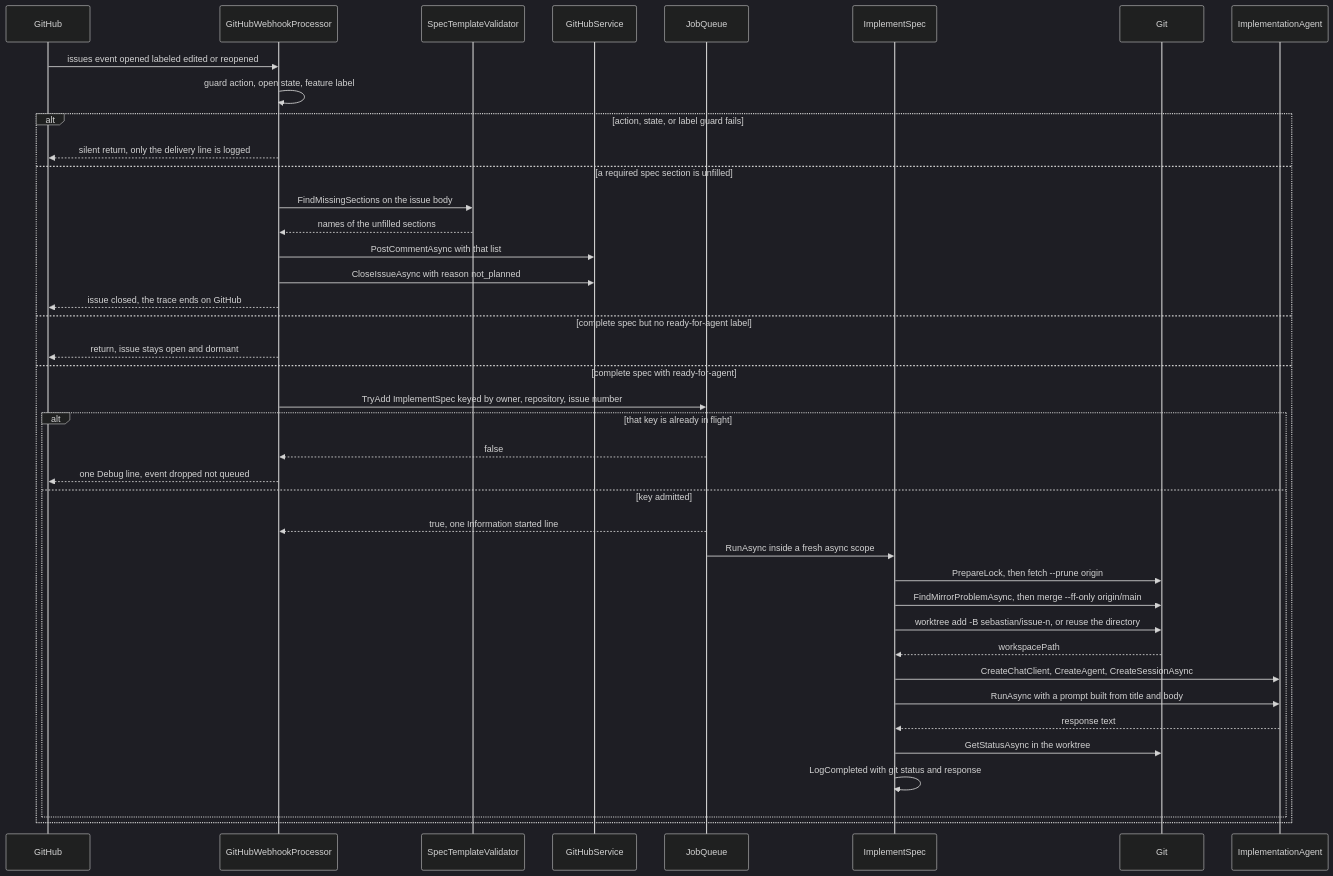
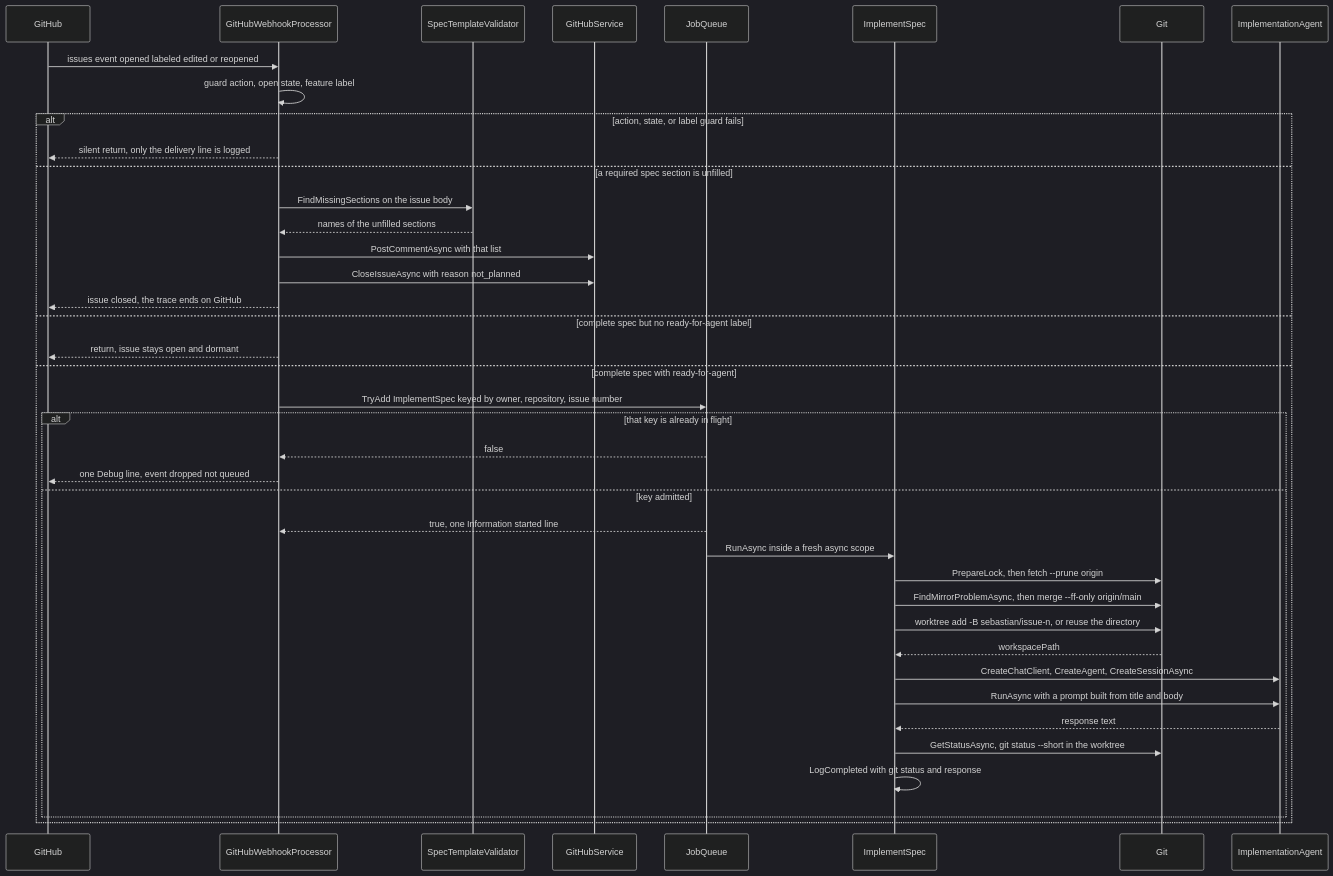
One commit to ToufiqSenpai/sebastian changed the diagram in openwiki/workflows/feature-implementation.md. Above: the diagram before and after it, drawn with Mermaid (dark theme). The commit also changed other lines of this file and 37 other files, not shown here.

````diff
--- a/openwiki/workflows/feature-implementation.md
+++ b/openwiki/workflows/feature-implementation.md
@@ -40,43 +42,43 @@
 ```mermaid
 sequenceDiagram
     participant GH as GitHub
     participant WH as GitHubWebhookProcessor
     participant SV as SpecTemplateValidator
     participant API as GitHubService
     participant JQ as JobQueue
     participant JOB as ImplementSpec
     participant GIT as Git
     participant AG as ImplementationAgent
 
     GH->>WH: issues event opened labeled edited or reopened
     WH->>WH: guard action, open state, feature label
     alt action, state, or label guard fails
         WH-->>GH: silent return, only the delivery line is logged
     else a required spec section is unfilled
         WH->>SV: FindMissingSections on the issue body
         SV-->>WH: names of the unfilled sections
         WH->>API: PostCommentAsync with that list
         WH->>API: CloseIssueAsync with reason not_planned
         WH-->>GH: issue closed, the trace ends on GitHub
     else complete spec but no ready-for-agent label
         WH-->>GH: return, issue stays open and dormant
     else complete spec with ready-for-agent
         WH->>JQ: TryAdd ImplementSpec keyed by owner, repository, issue number
         alt that key is already in flight
             JQ-->>WH: false
             WH-->>GH: one Debug line, event dropped not queued
         else key admitted
             JQ-->>WH: true, one Information started line
             JQ->>JOB: RunAsync inside a fresh async scope
             JOB->>GIT: PrepareLock, then fetch --prune origin
             JOB->>GIT: FindMirrorProblemAsync, then merge --ff-only origin/main
             JOB->>GIT: worktree add -B sebastian/issue-n, or reuse the directory
             GIT-->>JOB: workspacePath
             JOB->>AG: CreateChatClient, CreateAgent, CreateSessionAsync
             JOB->>AG: RunAsync with a prompt built from title and body
             AG-->>JOB: response text
-            JOB->>GIT: GetStatusAsync in the worktree
+            JOB->>GIT: GetStatusAsync, git status --short in the worktree
             JOB->>JOB: LogCompleted with git status and response
         end
     end
 ```
````
